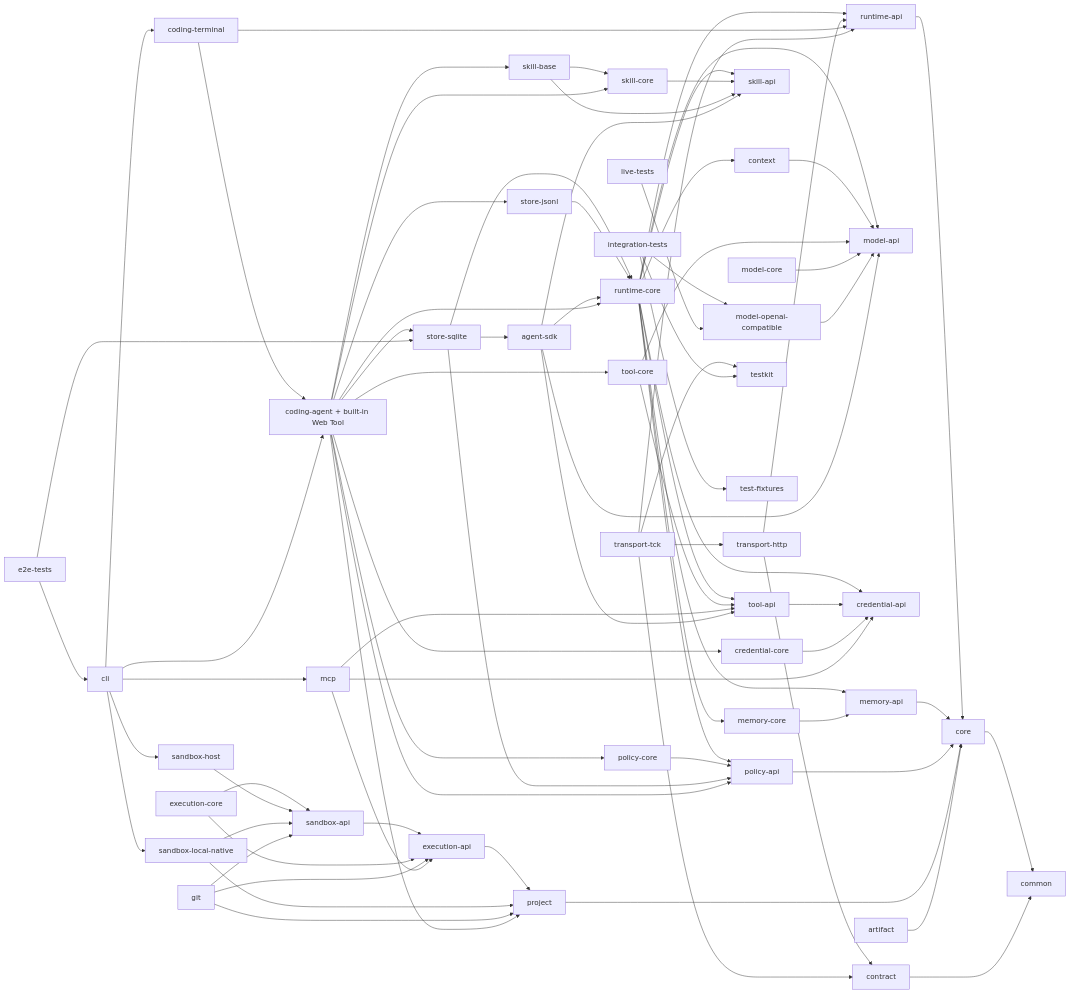
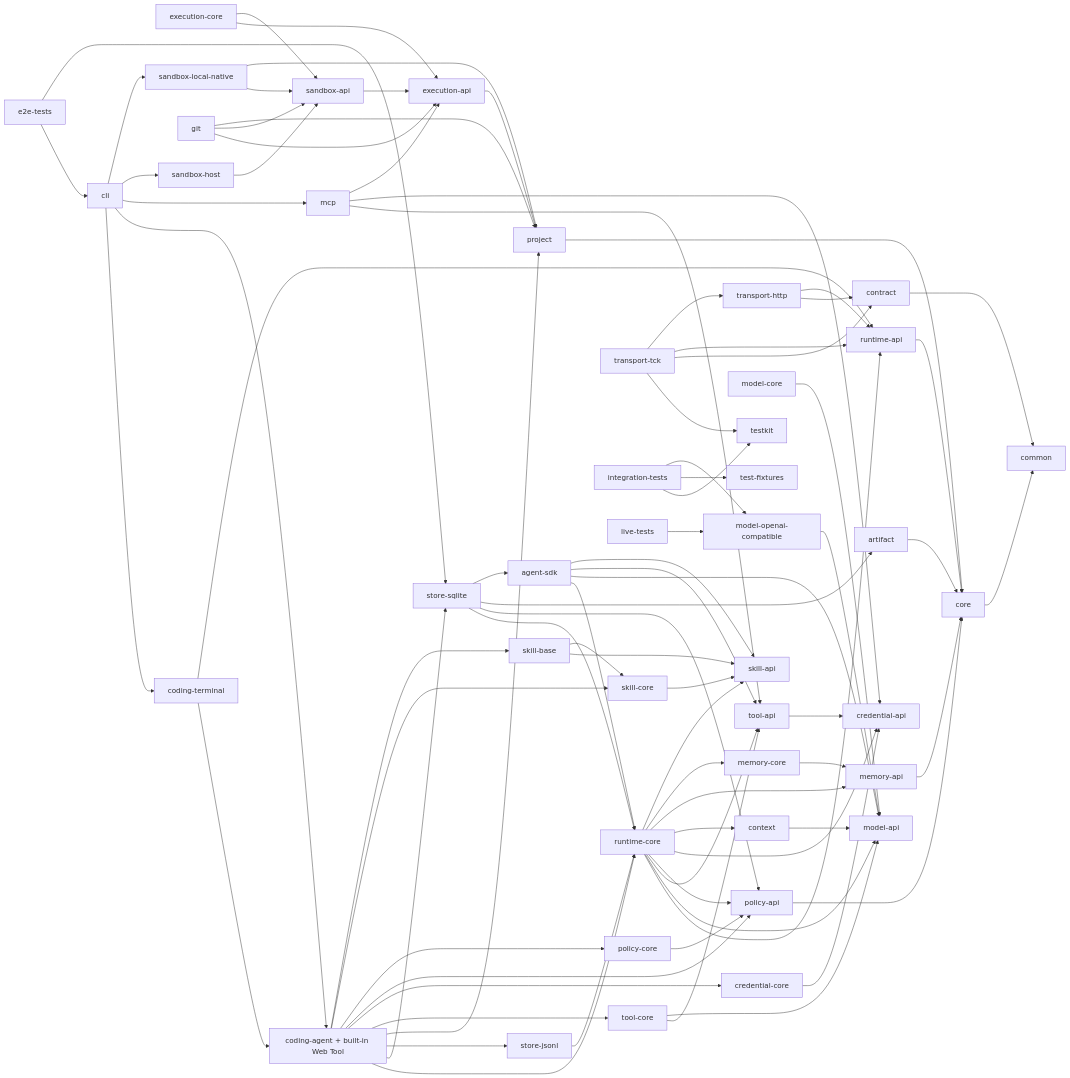
One commit to haifa-agent/haifa-agent changed the diagram in README.md. Above: the diagram before and after it, drawn with Mermaid. The commit also changed other lines of this file and 15 other files, not shown here.

```diff
--- a/README.md
+++ b/README.md
@@ -140,6 +141,7 @@
   OAI[model-openai-compatible] --> MAPI
   SQLITE[store-sqlite] --> RCORE
   SQLITE --> PAPI
+  SQLITE --> ARTIFACT
   JSONL[store-jsonl] --> RCORE
   CONTRACT[contract] --> COMMON
   HTTP[transport-http] --> CONTRACT
```
